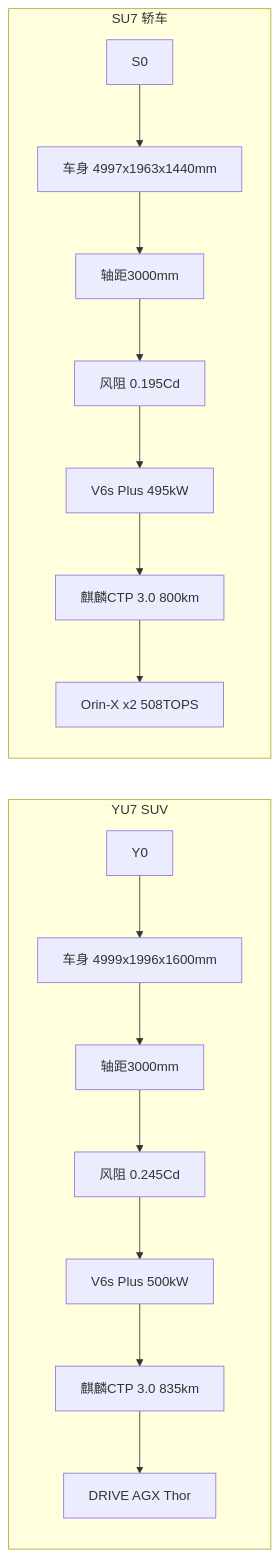
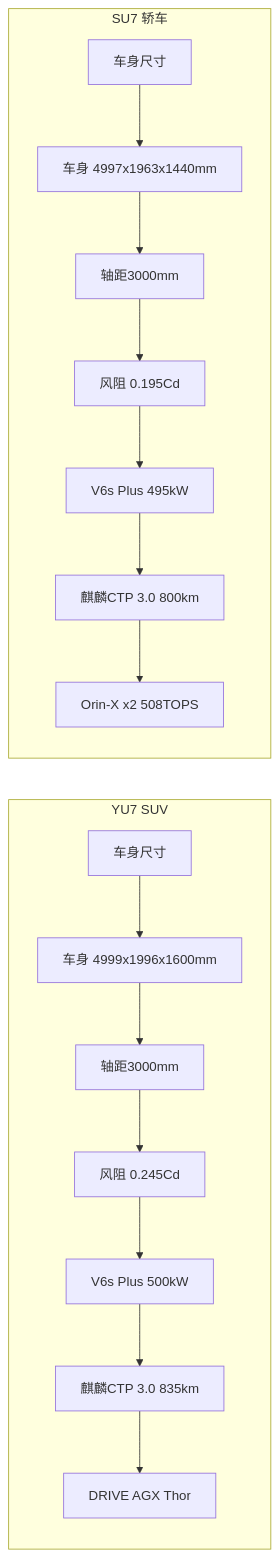
Before and after one commit to axfinn/axfinn_blogs: the second of 6 diagrams in content/blog/xiaomi-yu7-official-release.md, drawn with Mermaid. The commit also changed other lines of this file and 2 other files, not shown here.

```diff
--- a/content/blog/xiaomi-yu7-official-release.md
+++ b/content/blog/xiaomi-yu7-official-release.md
@@ -68,20 +68,20 @@
 {{< mermaid >}}
 flowchart LR
     subgraph YU7["YU7 SUV"]
-        Y0 --> Y1["车身 4999x1996x1600mm"]
+        Y0["车身尺寸"] --> Y1["车身 4999x1996x1600mm"]
         Y1 --> Y2["轴距3000mm"]
         Y2 --> Y3["风阻 0.245Cd"]
         Y3 --> Y4["V6s Plus 500kW"]
         Y4 --> Y5["麒麟CTP 3.0 835km"]
         Y5 --> Y6["DRIVE AGX Thor"]
     end
 
     subgraph SU7["SU7 轿车"]
-        S0 --> S1["车身 4997x1963x1440mm"]
+        S0["车身尺寸"] --> S1["车身 4997x1963x1440mm"]
         S1 --> S2["轴距3000mm"]
         S2 --> S3["风阻 0.195Cd"]
         S3 --> S4["V6s Plus 495kW"]
         S4 --> S5["麒麟CTP 3.0 800km"]
         S5 --> S6["Orin-X x2 508TOPS"]
     end
 {{< /mermaid >}}
```
